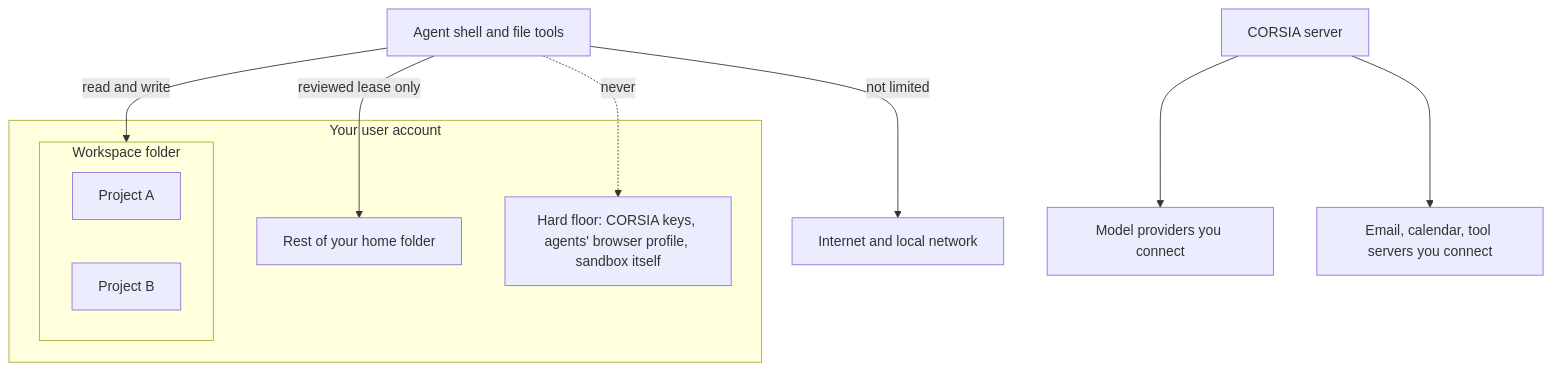
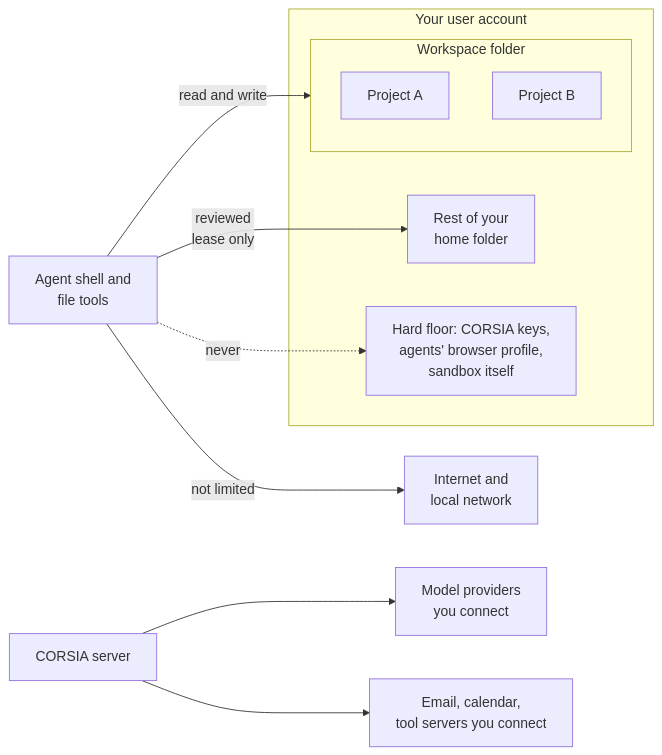
Before and after one commit to cebertowicz/corsia: the diagram in docs/security/README.md, drawn with Mermaid. The commit also changed 3 other files, not shown here.

Commit message:
Docs: narrow four diagrams so their text stays readable on a phone

````diff
--- a/docs/security/README.md
+++ b/docs/security/README.md
@@ -9,17 +9,17 @@
 ```mermaid
-flowchart TB
+flowchart LR
     subgraph You[Your user account]
         subgraph WS[Workspace folder]
             P1[Project A]
             P2[Project B]
         end
-        H[Rest of your home folder]
-        F[Hard floor: CORSIA keys, agents' browser profile, sandbox itself]
+        H[Rest of your<br/>home folder]
+        F[Hard floor: CORSIA keys,<br/>agents' browser profile,<br/>sandbox itself]
     end
-    A[Agent shell and file tools] -->|read and write| WS
-    A -->|reviewed lease only| H
+    A[Agent shell and<br/>file tools] -->|read and write| WS
+    A -->|reviewed<br/>lease only| H
     A -.->|never| F
-    A -->|not limited| N[Internet and local network]
-    S[CORSIA server] --> M[Model providers you connect]
-    S --> C[Email, calendar, tool servers you connect]
+    A -->|not limited| N[Internet and<br/>local network]
+    S[CORSIA server] --> M[Model providers<br/>you connect]
+    S --> C[Email, calendar,<br/>tool servers you connect]
 ```
````
